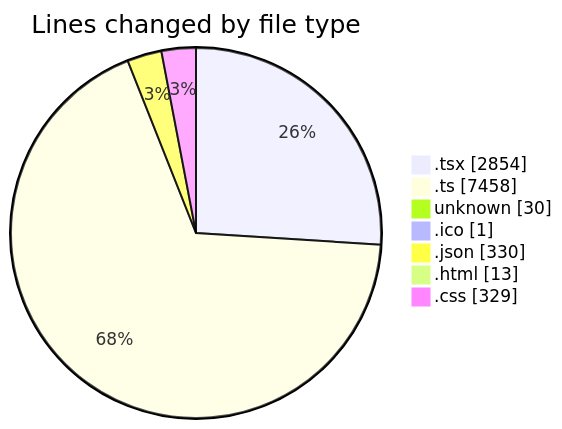
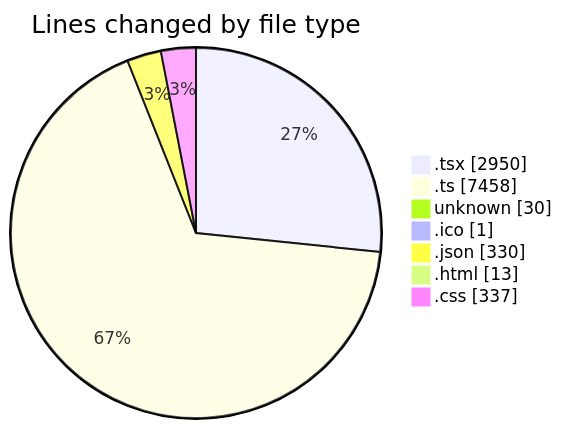
One commit to JenPaints/code-tracking changed the first of 2 diagrams in 2025-06-20/modeljsondesigner/README.md. Above: the diagram before and after it, drawn with Mermaid. The commit also changed other lines of this file and 1 other file, not shown here.

````diff
--- a/2025-06-20/modeljsondesigner/README.md
+++ b/2025-06-20/modeljsondesigner/README.md
@@ -36,11 +37,11 @@
 ```mermaid
 pie showData
 title Lines changed by file type
-".tsx" : 2854
+".tsx" : 2950
 ".ts" : 7458
 "unknown" : 30
 ".ico" : 1
 ".json" : 330
 ".html" : 13
-".css" : 329
+".css" : 337
 ```
````
